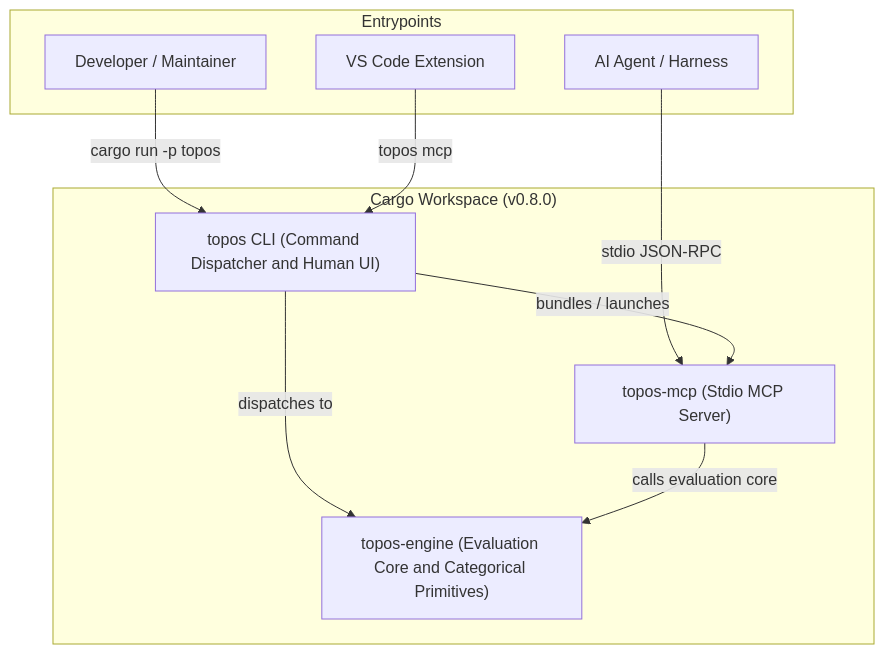
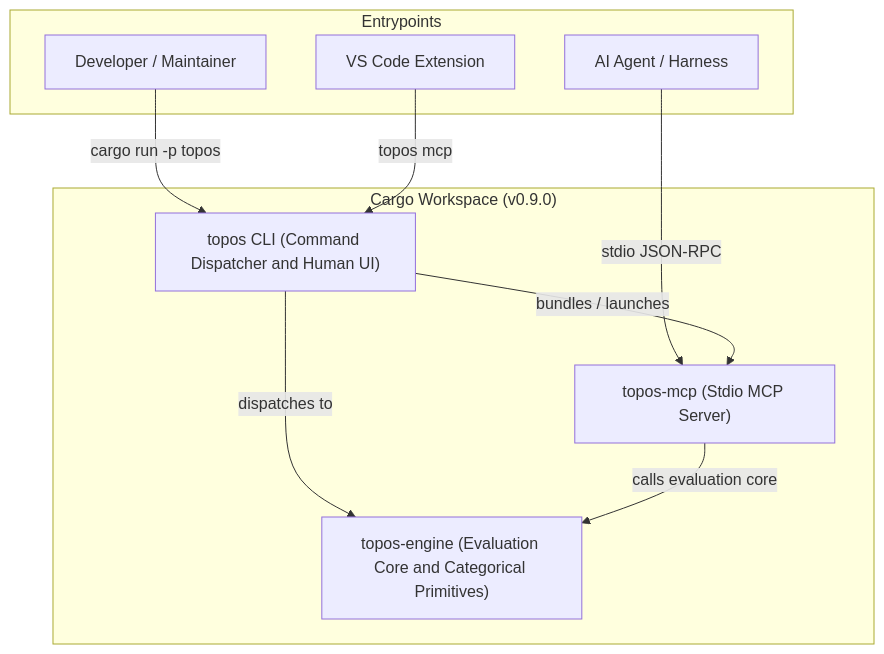
One commit to Krv-Labs/topos changed the diagram in openwiki/quickstart.md. Above: the diagram before and after it, drawn with Mermaid. The commit also changed other lines of this file and 13 other files, not shown here.

````diff
--- a/openwiki/quickstart.md
+++ b/openwiki/quickstart.md
@@ -49,21 +49,21 @@
 ```mermaid
 flowchart TD
-    subgraph Workspace ["Cargo Workspace (v0.8.0)"]
+    subgraph Workspace ["Cargo Workspace (v0.9.0)"]
         Engine["topos-engine (Evaluation Core and Categorical Primitives)"]
         CLI["topos CLI (Command Dispatcher and Human UI)"]
         MCP["topos-mcp (Stdio MCP Server)"]
     end
 
     subgraph Entrypoints
         Developer["Developer / Maintainer"]
         Agent["AI Agent / Harness"]
         VSCode["VS Code Extension"]
     end
 
     Developer -->|cargo run -p topos| CLI
     Agent -->|stdio JSON-RPC| MCP
     VSCode -->|topos mcp| CLI
     CLI -->|bundles / launches| MCP
     CLI -->|dispatches to| Engine
     MCP -->|calls evaluation core| Engine
 ```
````
